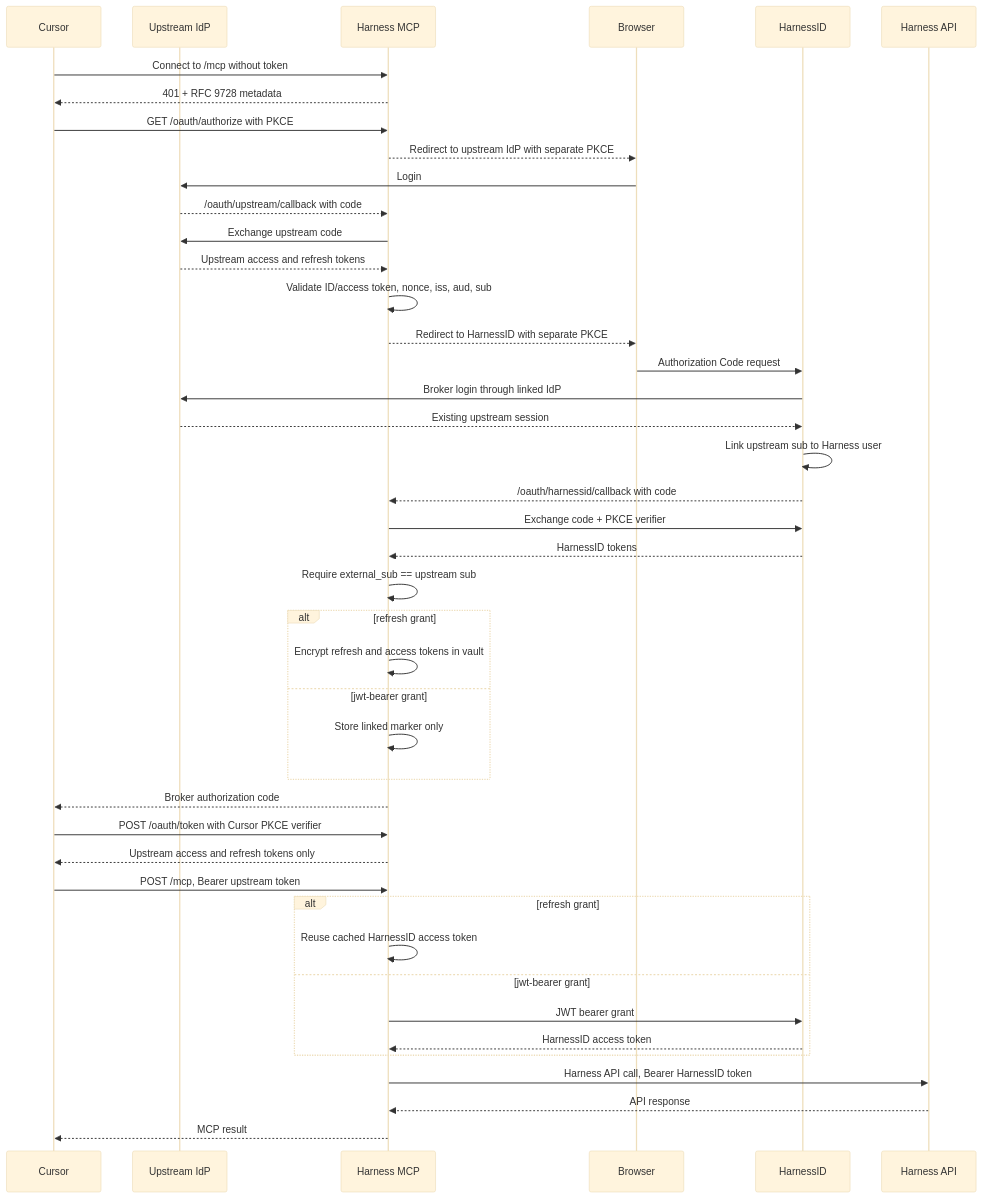
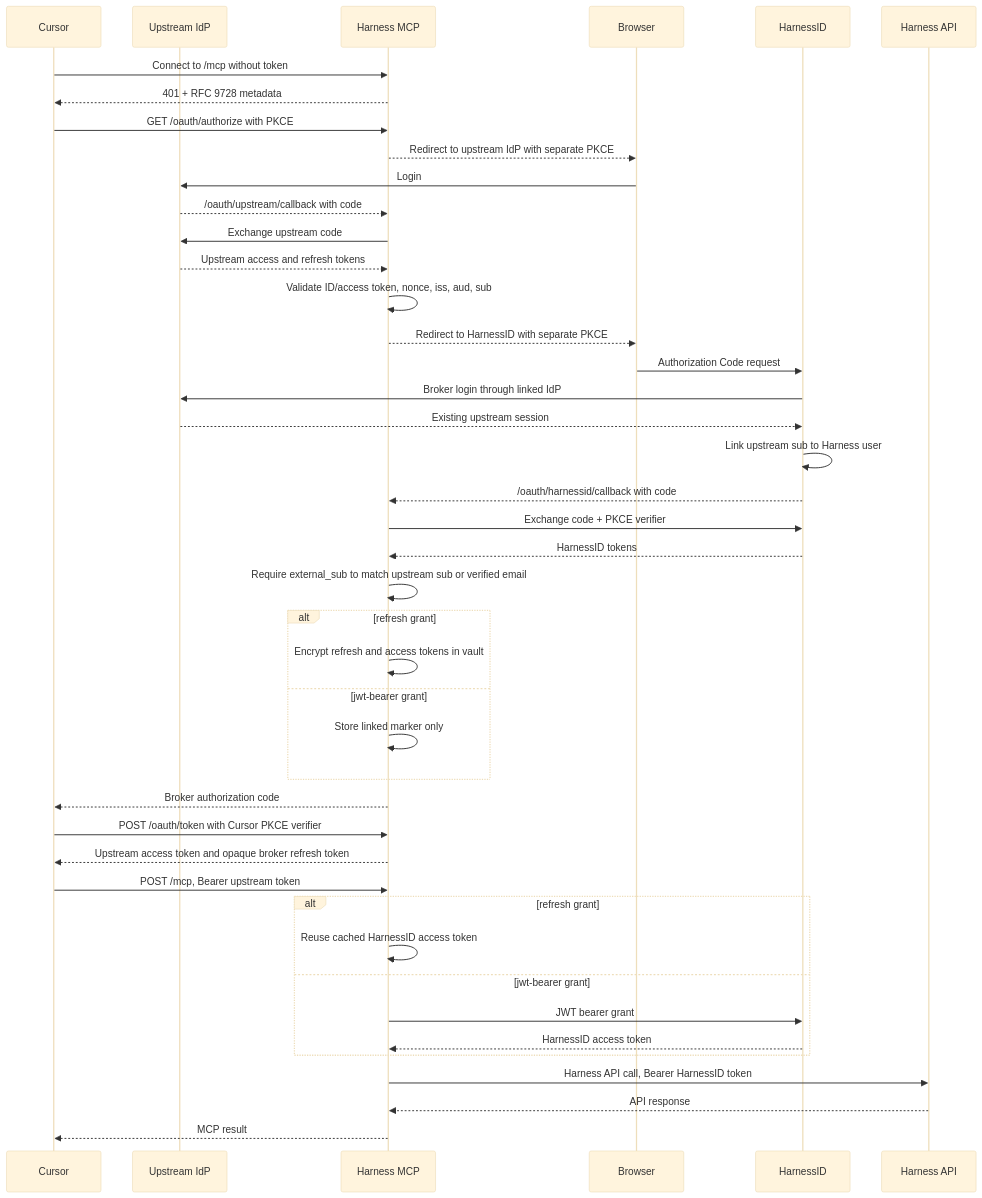
Before and after one commit to harness/mcp-server: the first of 3 diagrams in docs/oauth-proxy.md, drawn with Mermaid (base theme). The commit also changed other lines of this file and 14 other files, not shown here.

````diff
--- a/docs/oauth-proxy.md
+++ b/docs/oauth-proxy.md
@@ -50,47 +50,47 @@
 ```mermaid
 sequenceDiagram
     participant C as Cursor
     participant IdP as Upstream IdP
     participant M as Harness MCP
     participant B as Browser
     participant K as HarnessID
     participant H as Harness API
 
     C->>M: Connect to /mcp without token
     M-->>C: 401 + RFC 9728 metadata
     C->>M: GET /oauth/authorize with PKCE
     M-->>B: Redirect to upstream IdP with separate PKCE
     B->>IdP: Login
     IdP-->>M: /oauth/upstream/callback with code
     M->>IdP: Exchange upstream code
     IdP-->>M: Upstream access and refresh tokens
     M->>M: Validate ID/access token, nonce, iss, aud, sub
 
     M-->>B: Redirect to HarnessID with separate PKCE
     B->>K: Authorization Code request
     K->>IdP: Broker login through linked IdP
     IdP-->>K: Existing upstream session
     K->>K: Link upstream sub to Harness user
     K-->>M: /oauth/harnessid/callback with code
     M->>K: Exchange code + PKCE verifier
     K-->>M: HarnessID tokens
-    M->>M: Require external_sub == upstream sub
+    M->>M: Require external_sub to match upstream sub or verified email
     alt refresh grant
         M->>M: Encrypt refresh and access tokens in vault
     else jwt-bearer grant
         M->>M: Store linked marker only
     end
     M-->>C: Broker authorization code
     C->>M: POST /oauth/token with Cursor PKCE verifier
-    M-->>C: Upstream access and refresh tokens only
+    M-->>C: Upstream access token and opaque broker refresh token
     C->>M: POST /mcp, Bearer upstream token
     alt refresh grant
         M->>M: Reuse cached HarnessID access token
     else jwt-bearer grant
         M->>K: JWT bearer grant
         K-->>M: HarnessID access token
     end
     M->>H: Harness API call, Bearer HarnessID token
     H-->>M: API response
     M-->>C: MCP result
 ```
````
